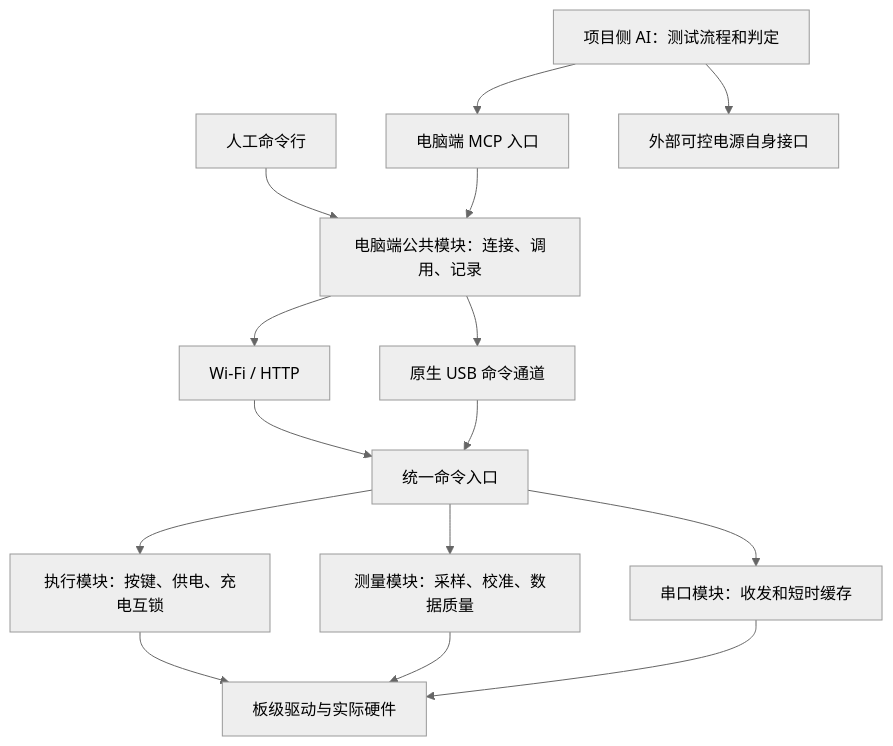
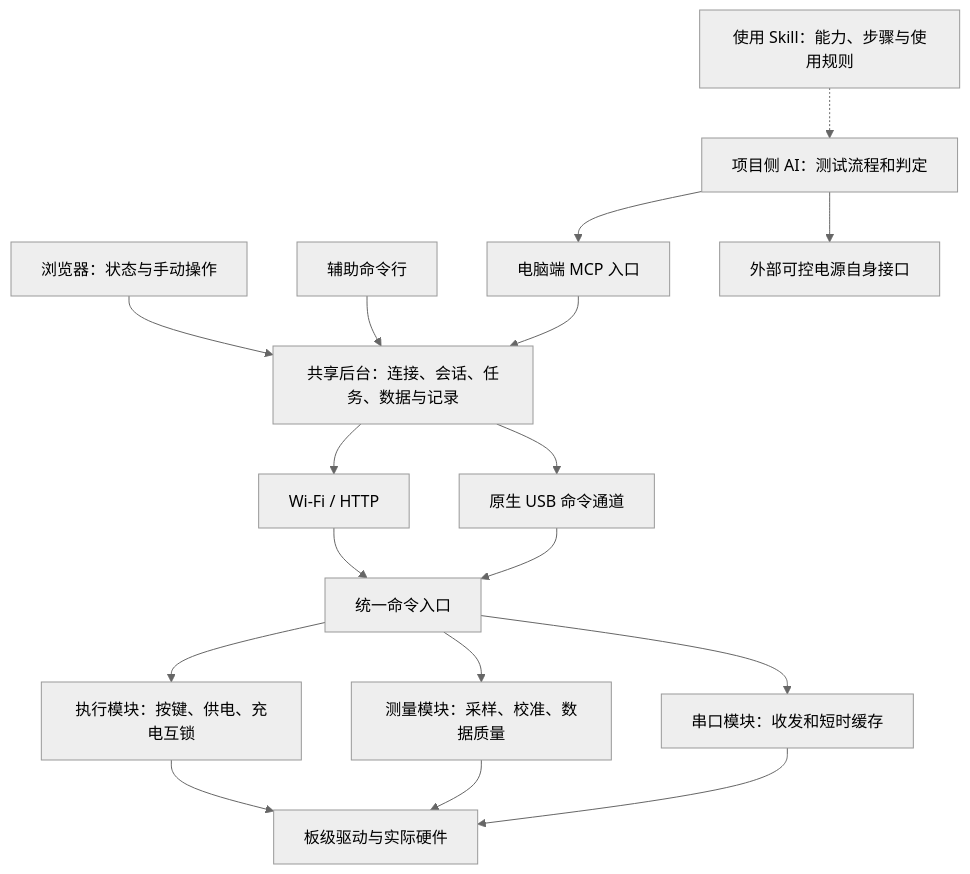
The diagram in docs/MCU开发辅助工具软件设计草案.md (xiaohuihuitop/AI_MCUTOOL), drawn with Mermaid (neutral theme) before and after one commit. The commit also changed other lines of this file and 106 other files, not shown here.

````diff
--- a/docs/MCU开发辅助工具软件设计草案.md
+++ b/docs/MCU开发辅助工具软件设计草案.md
@@ -50,17 +52,19 @@
 ```mermaid
 flowchart TB
+    GUIDE[使用 Skill：能力、步骤与使用规则] -.-> AI
     AI[项目侧 AI：测试流程和判定] --> MCP[电脑端 MCP 入口]
-    CLI[人工命令行] --> HOST[电脑端公共模块：连接、调用、记录]
+    WEB[浏览器：状态与手动操作] --> HOST[共享后台：连接、会话、任务、数据与记录]
+    CLI[辅助命令行] --> HOST
     MCP --> HOST
     HOST --> WIFI[Wi-Fi / HTTP]
     HOST --> USB[原生 USB 命令通道]
     WIFI --> CMD[统一命令入口]
     USB --> CMD
     CMD --> ACT[执行模块：按键、供电、充电互锁]
     CMD --> MEAS[测量模块：采样、校准、数据质量]
     CMD --> UART[串口模块：收发和短时缓存]
     ACT --> HW[板级驱动与实际硬件]
     MEAS --> HW
     UART --> HW
     AI --> PSU[外部可控电源自身接口]
 ```
````
